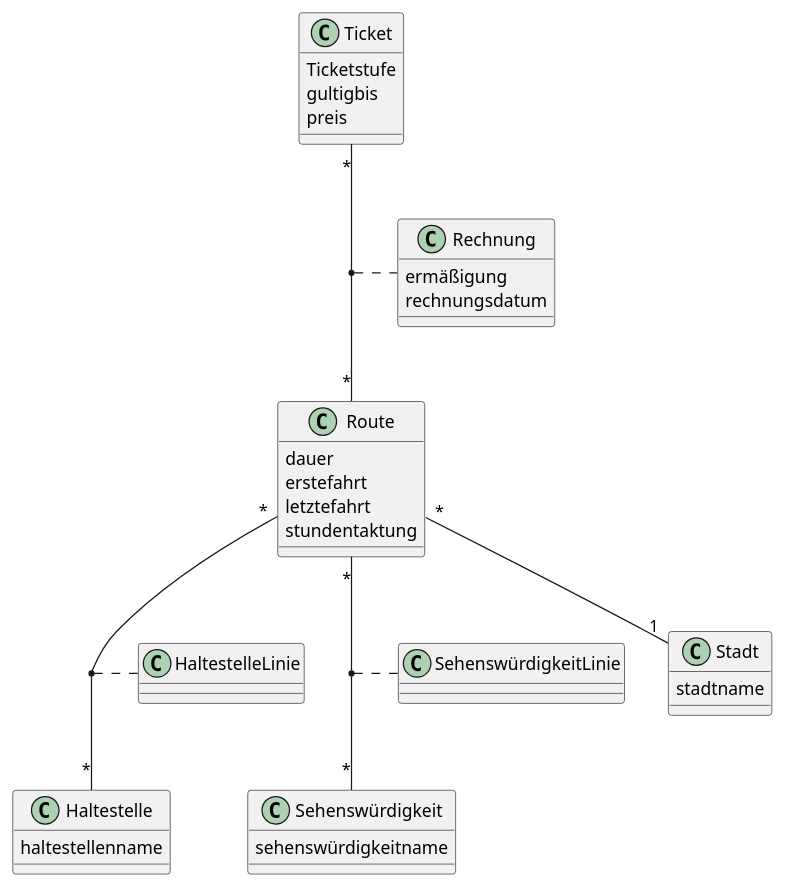
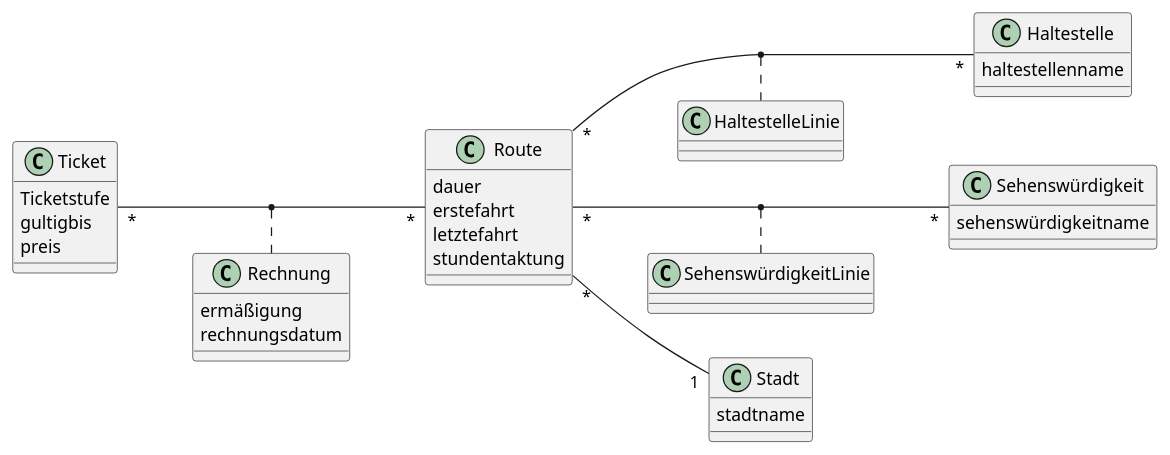
One commit to 2223-4bhitm-sew/01-microproject-eliasjust changed the diagram in asciidocs/index.adoc. Above: the diagram before and after it, drawn with PlantUML.

Commit message:
direction change

```diff
--- a/asciidocs/index.adoc
+++ b/asciidocs/index.adoc
@@ -5,50 +5,50 @@
 [plantuml, class-diagram, svg]
 ----
 @startuml
-
+left to right direction
 
 class Ticket{
 Ticketstufe
 gultigbis
 preis
 }
 
 class Route{
 dauer
 erstefahrt
 letztefahrt
 stundentaktung
 }
 class Rechnung{
 ermäßigung
 rechnungsdatum
 
 }
 
 class Haltestelle{
 haltestellenname
 }
 class Sehenswürdigkeit{
 sehenswürdigkeitname
 }
 class SehenswürdigkeitLinie{
 
 }
 class HaltestelleLinie{
 
 }
-class Stadt{
+class Stadt {
 stadtname
 }
 
 Ticket "*" -- "*" Route
 Route "*" -- "1" Stadt
 Route "*" -- "*" Haltestelle
 Route "*" -- "*" Sehenswürdigkeit
 
 
 (Route,Ticket) .. Rechnung
 (Route,Haltestelle) .. HaltestelleLinie
 (Route,Sehenswürdigkeit) .. SehenswürdigkeitLinie
 @enduml
 ----
```
